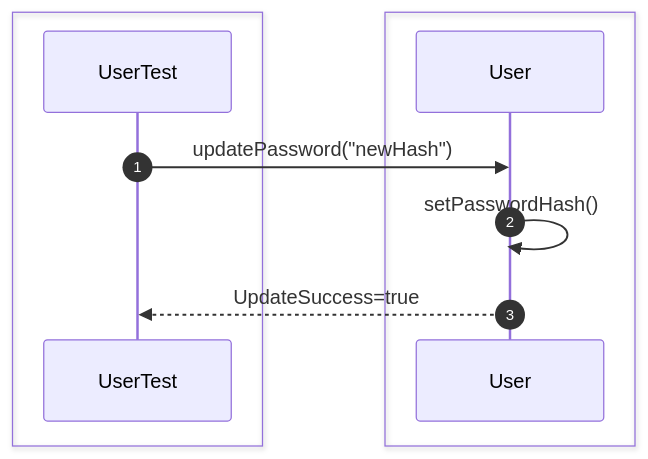
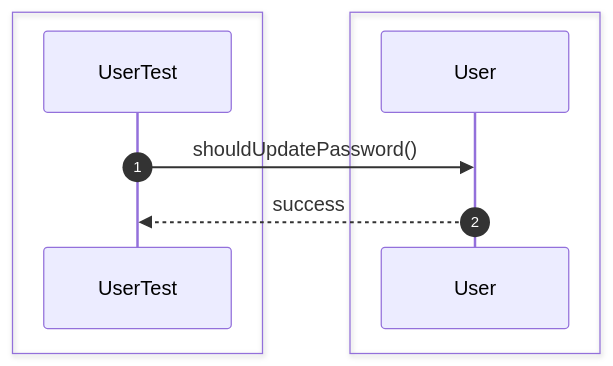
Diagram 12 of 35 in src/sequence/security.md (Huy1801214/dbms-architecture), drawn with Mermaid before and after one commit. The commit also changed other lines of this file and 68 other files, not shown here.

Commit message:
implement comprehensive unit test suite and architectural sequence documentation

````diff
--- a/src/sequence/security.md
+++ b/src/sequence/security.md
@@ -220,15 +173,13 @@
 ```mermaid
 sequenceDiagram
     autonumber
-
     box #e1f5fe Test Suite
     participant Test as UserTest
     end
-    box #e3f2fd Security Components
-    participant User as User
+    box #e3f2fd User Component
+    participant U as User
     end
 
-    Test->>User: updatePassword("newHash")
-    User->>User: setPasswordHash()
-    User-->>Test: UpdateSuccess=true
+    Test->>U: shouldUpdatePassword()
+    U-->>Test: success
 ```
````
